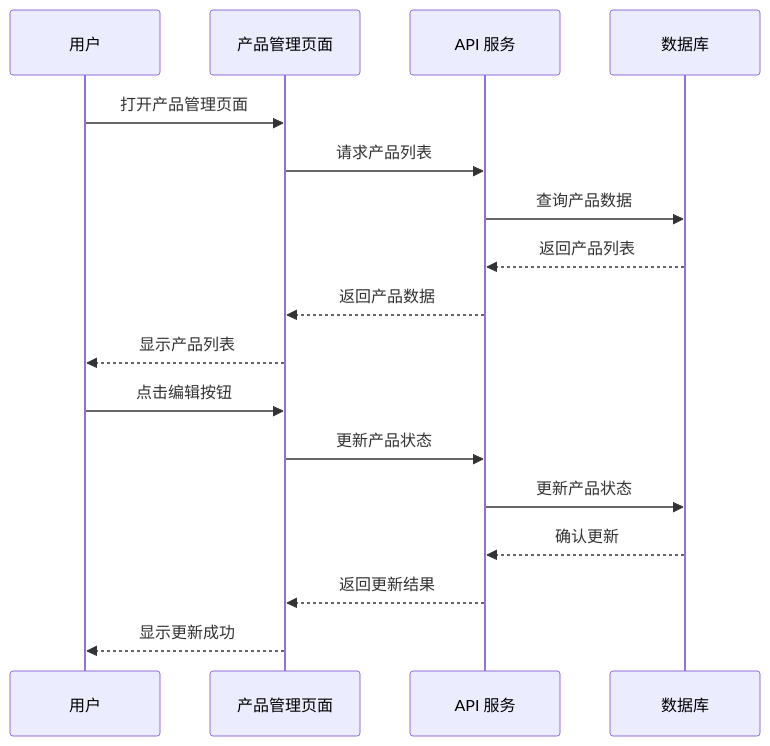
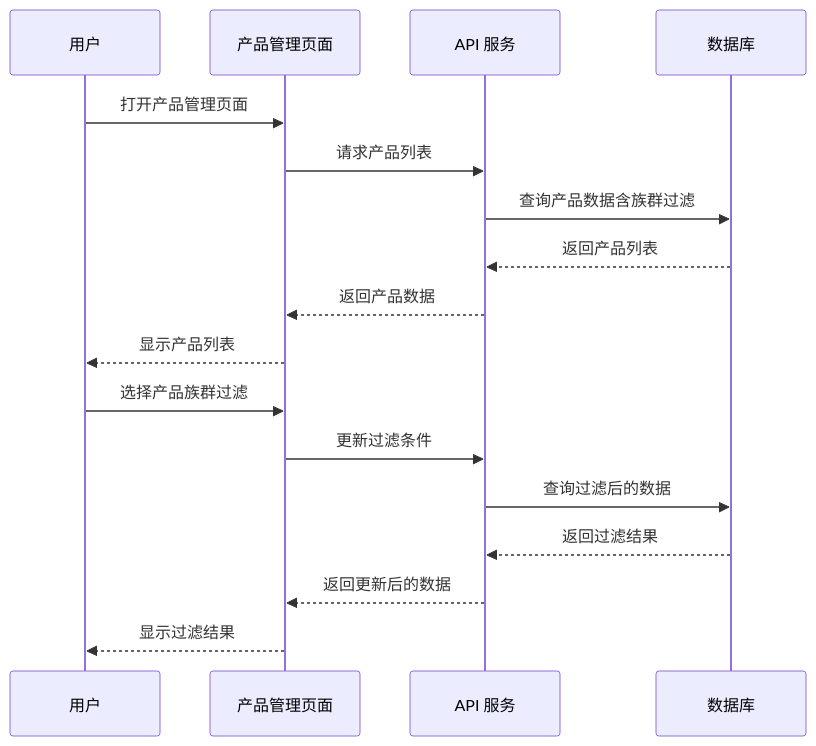
Before and after one commit to CubeEdge/Longhorn: the fourth of 16 diagrams in .qoder/repowiki/zh/content/前端组件架构/产品管理界面/三层产品架构.md, drawn with Mermaid. The commit also changed other lines of this file and 53 other files, not shown here.

````diff
--- a/.qoder/repowiki/zh/content/前端组件架构/产品管理界面/三层产品架构.md
+++ b/.qoder/repowiki/zh/content/前端组件架构/产品管理界面/三层产品架构.md
@@ -207,19 +323,19 @@
 ```mermaid
 sequenceDiagram
 participant U as 用户
 participant P as 产品管理页面
 participant A as API 服务
 participant D as 数据库
 U->>P : 打开产品管理页面
 P->>A : 请求产品列表
-A->>D : 查询产品数据
+A->>D : 查询产品数据含族群过滤
 D-->>A : 返回产品列表
 A-->>P : 返回产品数据
 P-->>U : 显示产品列表
-U->>P : 点击编辑按钮
-P->>A : 更新产品状态
-A->>D : 更新产品状态
-D-->>A : 确认更新
-A-->>P : 返回更新结果
-P-->>U : 显示更新成功
+U->>P : 选择产品族群过滤
+P->>A : 更新过滤条件
+A->>D : 查询过滤后的数据
+D-->>A : 返回过滤结果
+A-->>P : 返回更新后的数据
+P-->>U : 显示过滤结果
 ```
````
